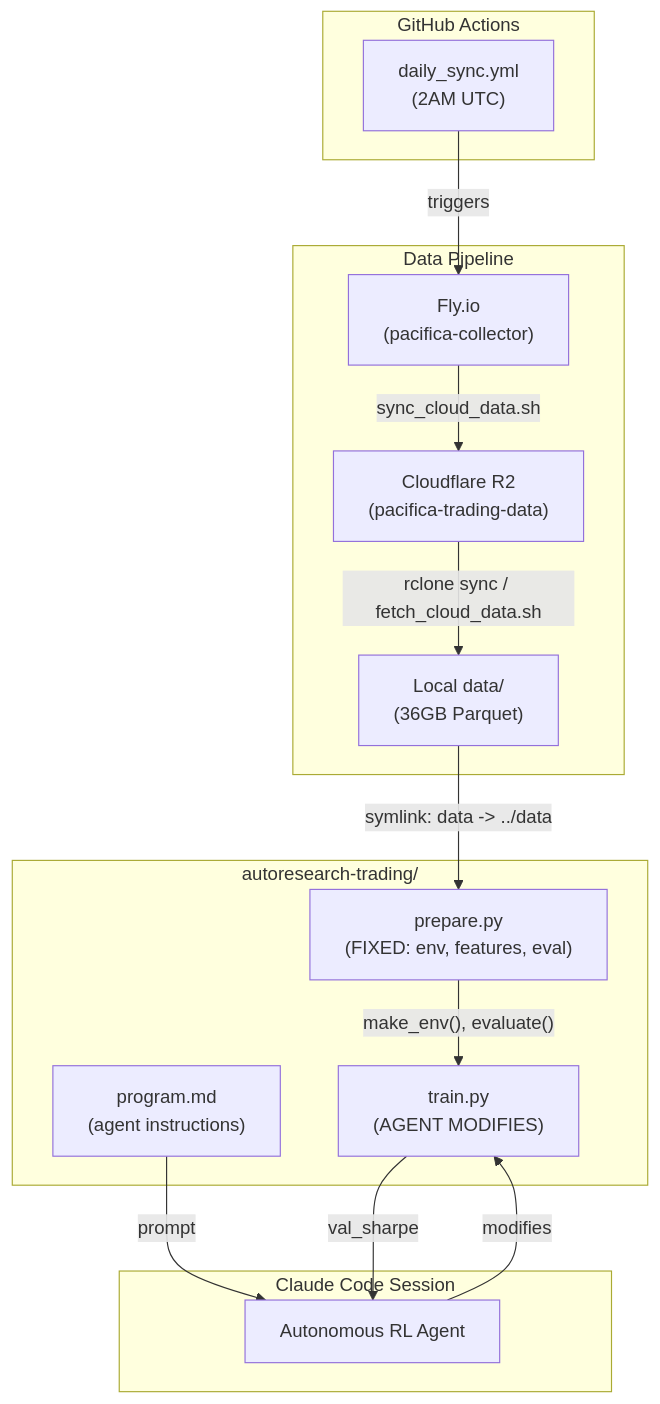
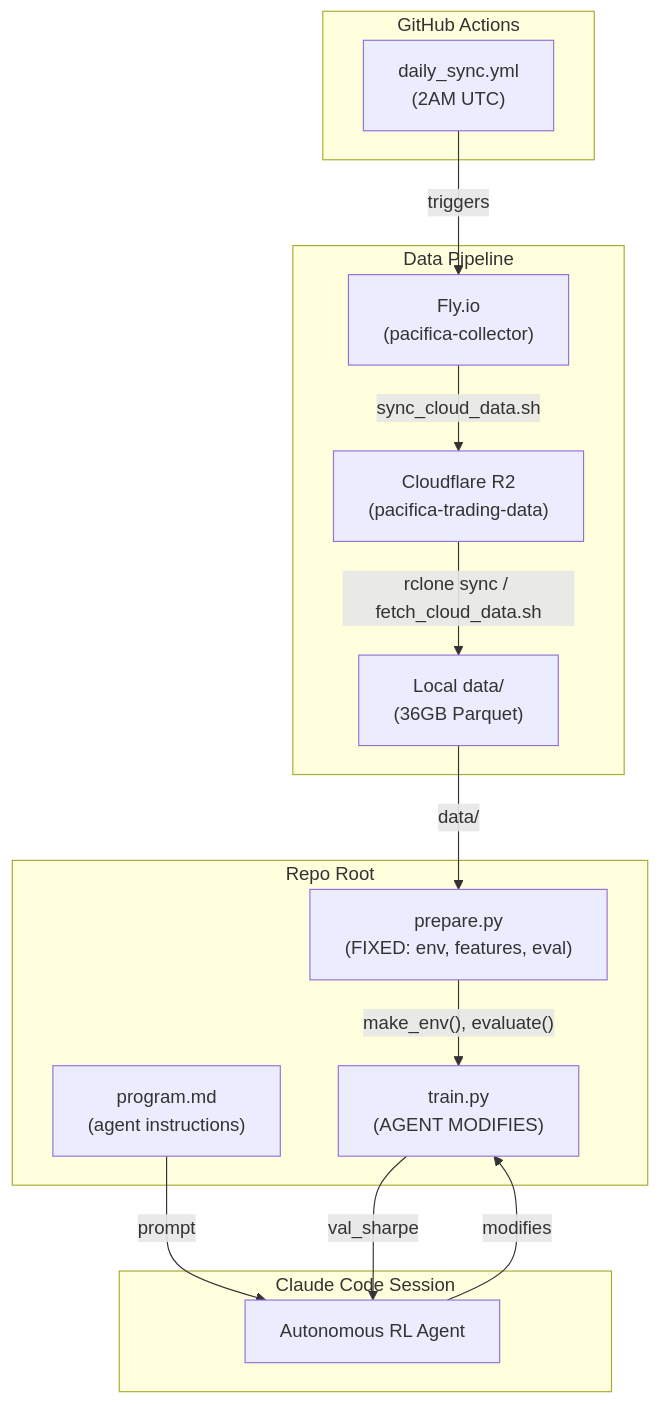
One commit to autoresearch-trading/autoresearch-trading changed the first of 2 diagrams in docs/CODEBASE_MAP.md. Above: the diagram before and after it, drawn with Mermaid. The commit also changed other lines of this file and 16 other files, not shown here.

First line of the commit message:
refactor: flatten autoresearch-trading/ to repo root

````diff
--- a/docs/CODEBASE_MAP.md
+++ b/docs/CODEBASE_MAP.md
@@ -13,28 +13,28 @@
 ```mermaid
 graph TB
     subgraph "Data Pipeline"
         Fly["Fly.io<br/>(pacifica-collector)"]
         R2["Cloudflare R2<br/>(pacifica-trading-data)"]
         Local["Local data/<br/>(36GB Parquet)"]
     end
     subgraph "GitHub Actions"
         Sync["daily_sync.yml<br/>(2AM UTC)"]
     end
-    subgraph "autoresearch-trading/"
+    subgraph "Repo Root"
         Prepare["prepare.py<br/>(FIXED: env, features, eval)"]
         Train["train.py<br/>(AGENT MODIFIES)"]
         Program["program.md<br/>(agent instructions)"]
     end
     subgraph "Claude Code Session"
         Agent["Autonomous RL Agent"]
     end
 
     Fly -->|"sync_cloud_data.sh"| R2
     Sync -->|triggers| Fly
     R2 -->|"rclone sync / fetch_cloud_data.sh"| Local
-    Local -->|"symlink: data -> ../data"| Prepare
+    Local -->|"data/"| Prepare
     Prepare -->|"make_env(), evaluate()"| Train
     Program -->|"prompt"| Agent
     Agent -->|"modifies"| Train
     Train -->|"val_sharpe"| Agent
 ```
````
